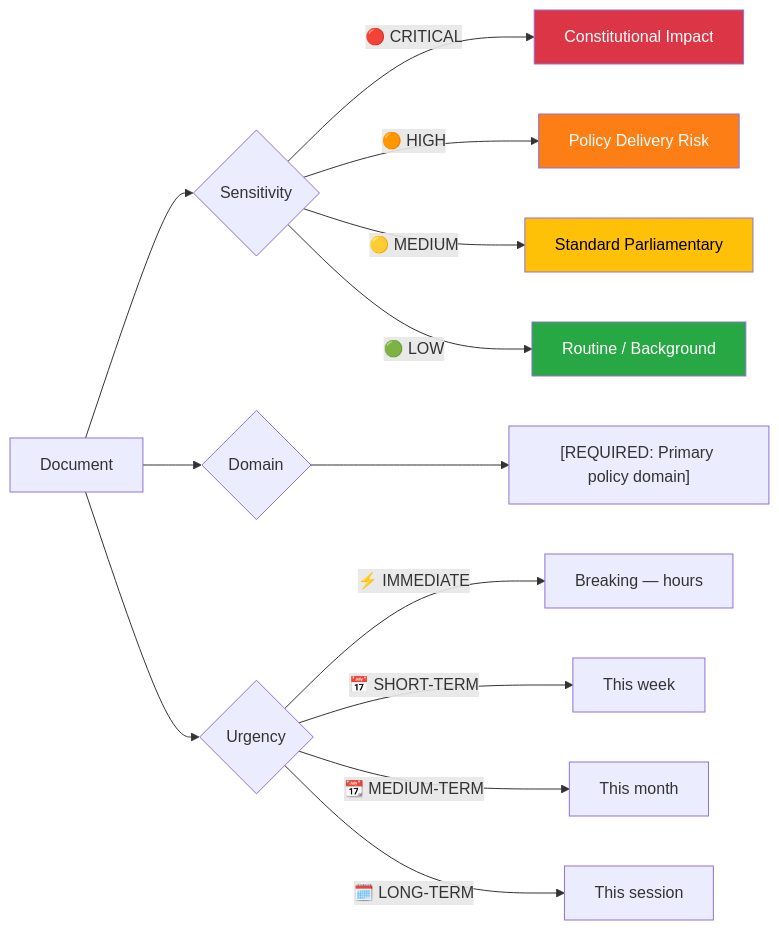
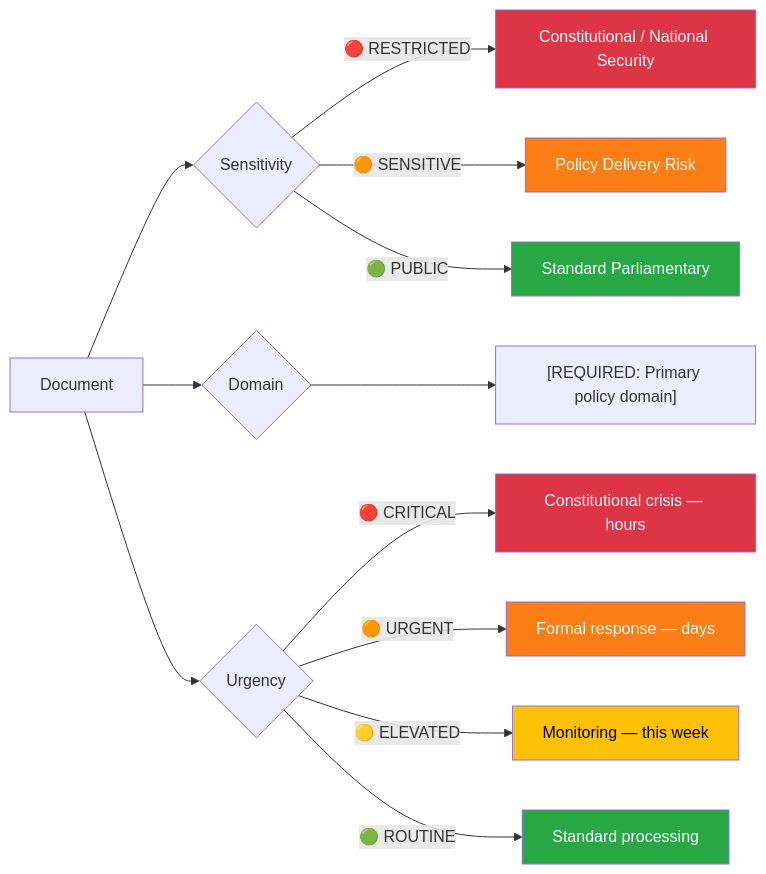
One commit to Hack23/riksdagsmonitor changed the first of 5 diagrams in analysis/templates/per-file-political-intelligence.md. Above: the diagram before and after it, drawn with Mermaid. The commit also changed 4 other files, not shown here.

First line of the commit message:
Address review round 6: fix classification diagrams, scope dedup to votes, update v1 refs

````diff
--- a/analysis/templates/per-file-political-intelligence.md
+++ b/analysis/templates/per-file-political-intelligence.md
@@ -51,22 +51,24 @@
 ```mermaid
 graph LR
     A[Document] --> B{Sensitivity}
-    B -->|"🔴 CRITICAL"| C[Constitutional Impact]
-    B -->|"🟠 HIGH"| D[Policy Delivery Risk]
-    B -->|"🟡 MEDIUM"| E[Standard Parliamentary]
-    B -->|"🟢 LOW"| F[Routine / Background]
+    B -->|"🔴 RESTRICTED"| C[Constitutional / National Security]
+    B -->|"🟠 SENSITIVE"| D[Policy Delivery Risk]
+    B -->|"🟢 PUBLIC"| E[Standard Parliamentary]
     
     A --> G{Domain}
     G --> H["[REQUIRED: Primary policy domain]"]
     
     A --> I{Urgency}
-    I -->|"⚡ IMMEDIATE"| J[Breaking — hours]
-    I -->|"📅 SHORT-TERM"| K[This week]
-    I -->|"📆 MEDIUM-TERM"| L[This month]
-    I -->|"🗓️ LONG-TERM"| M[This session]
+    I -->|"🔴 CRITICAL"| J[Constitutional crisis — hours]
+    I -->|"🟠 URGENT"| K[Formal response — days]
+    I -->|"🟡 ELEVATED"| L[Monitoring — this week]
+    I -->|"🟢 ROUTINE"| M[Standard processing]
     
     style C fill:#dc3545,color:#fff
     style D fill:#fd7e14,color:#fff
-    style E fill:#ffc107,color:#000
-    style F fill:#28a745,color:#fff
+    style E fill:#28a745,color:#fff
+    style J fill:#dc3545,color:#fff
+    style K fill:#fd7e14,color:#fff
+    style L fill:#ffc107,color:#000
+    style M fill:#28a745,color:#fff
 ```
````
